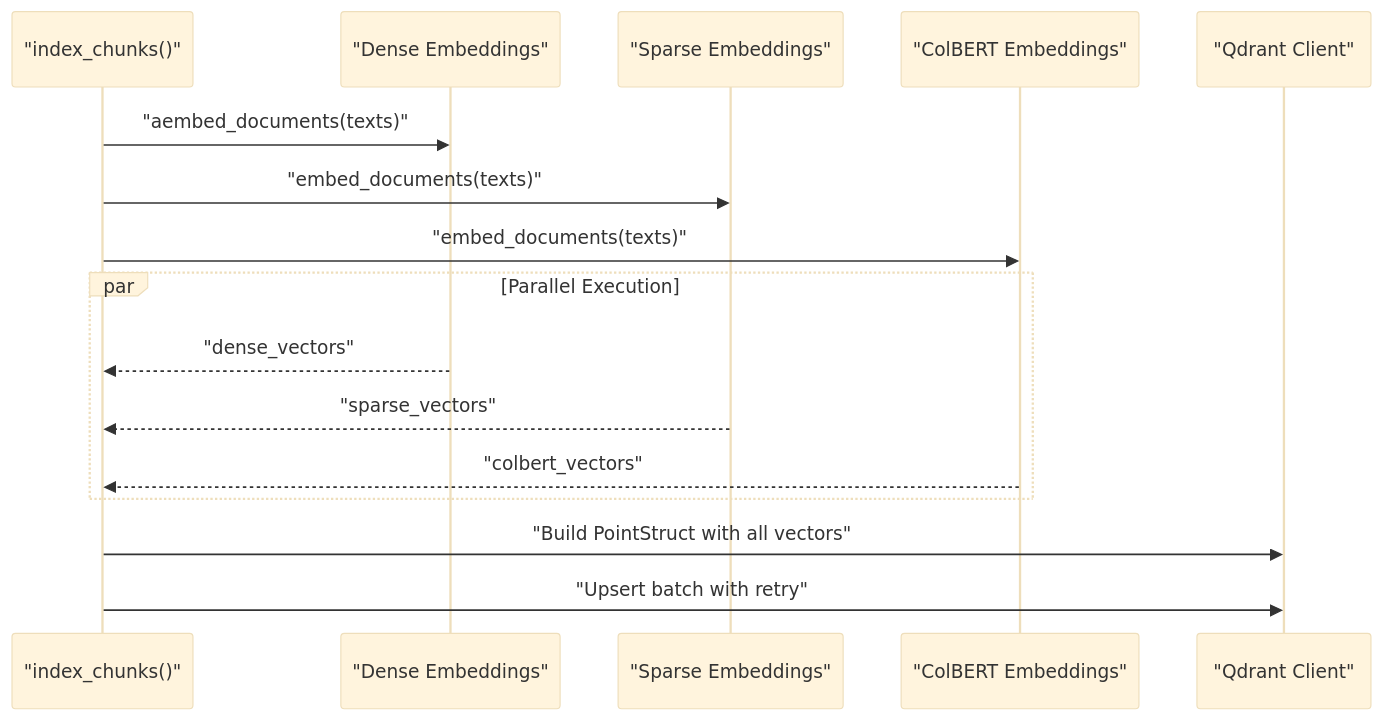
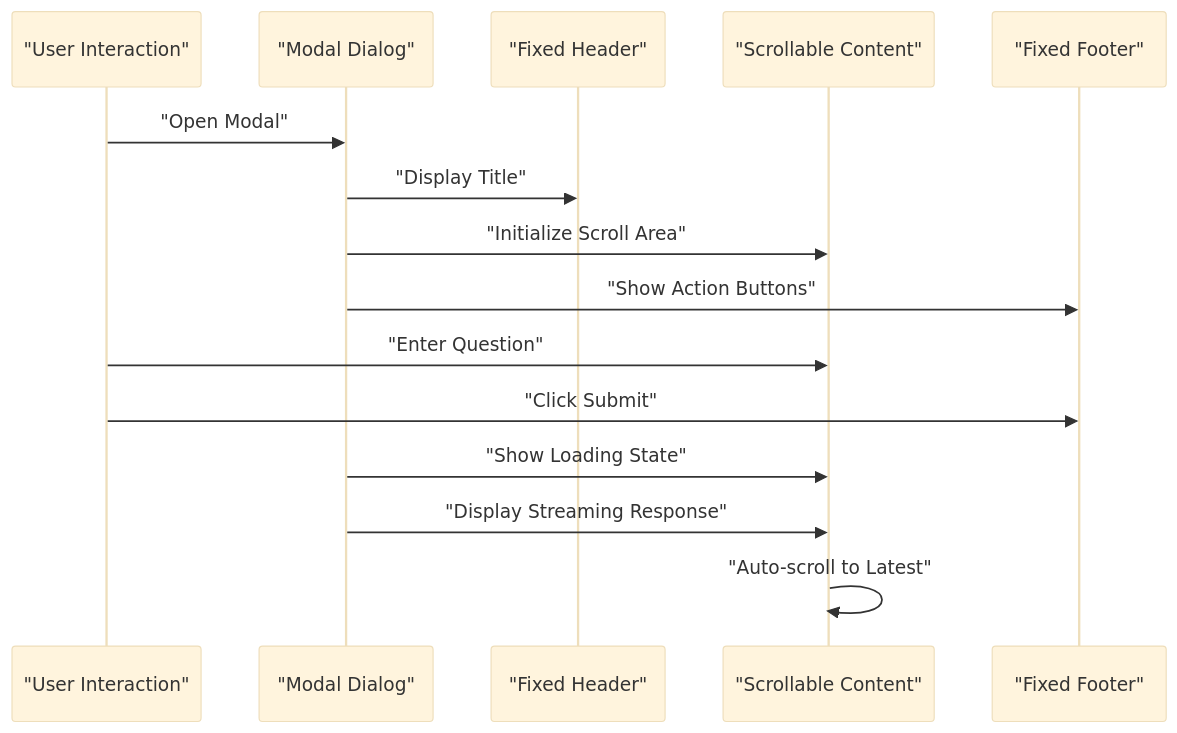
One commit to ognelis/cafetera_hr_bot changed the eighth of 15 diagrams in .qoder/repowiki/en/content/Document Management System.md. Above: the diagram before and after it, drawn with Mermaid (base theme). The commit also changed other lines of this file and 6 other files, not shown here.

````diff
--- a/.qoder/repowiki/en/content/Document Management System.md
+++ b/.qoder/repowiki/en/content/Document Management System.md
@@ -314,18 +332,17 @@
 ```mermaid
 sequenceDiagram
-participant Indexer as "index_chunks()"
-participant DenseEmb as "Dense Embeddings"
-participant SparseEmb as "Sparse Embeddings"
-participant ColBERTEmb as "ColBERT Embeddings"
-participant Qdrant as "Qdrant Client"
-Indexer->>DenseEmb : "aembed_documents(texts)"
-Indexer->>SparseEmb : "embed_documents(texts)"
-Indexer->>ColBERTEmb : "embed_documents(texts)"
-par Parallel Execution
-DenseEmb-->>Indexer : "dense_vectors"
-SparseEmb-->>Indexer : "sparse_vectors"
-ColBERTEmb-->>Indexer : "colbert_vectors"
-end
-Indexer->>Qdrant : "Build PointStruct with all vectors"
-Indexer->>Qdrant : "Upsert batch with retry"
+participant User as "User Interaction"
+participant Modal as "Modal Dialog"
+participant Header as "Fixed Header"
+participant Content as "Scrollable Content"
+participant Footer as "Fixed Footer"
+User->>Modal : "Open Modal"
+Modal->>Header : "Display Title"
+Modal->>Content : "Initialize Scroll Area"
+Modal->>Footer : "Show Action Buttons"
+User->>Content : "Enter Question"
+User->>Footer : "Click Submit"
+Modal->>Content : "Show Loading State"
+Modal->>Content : "Display Streaming Response"
+Content->>Content : "Auto-scroll to Latest"
 ```
````
